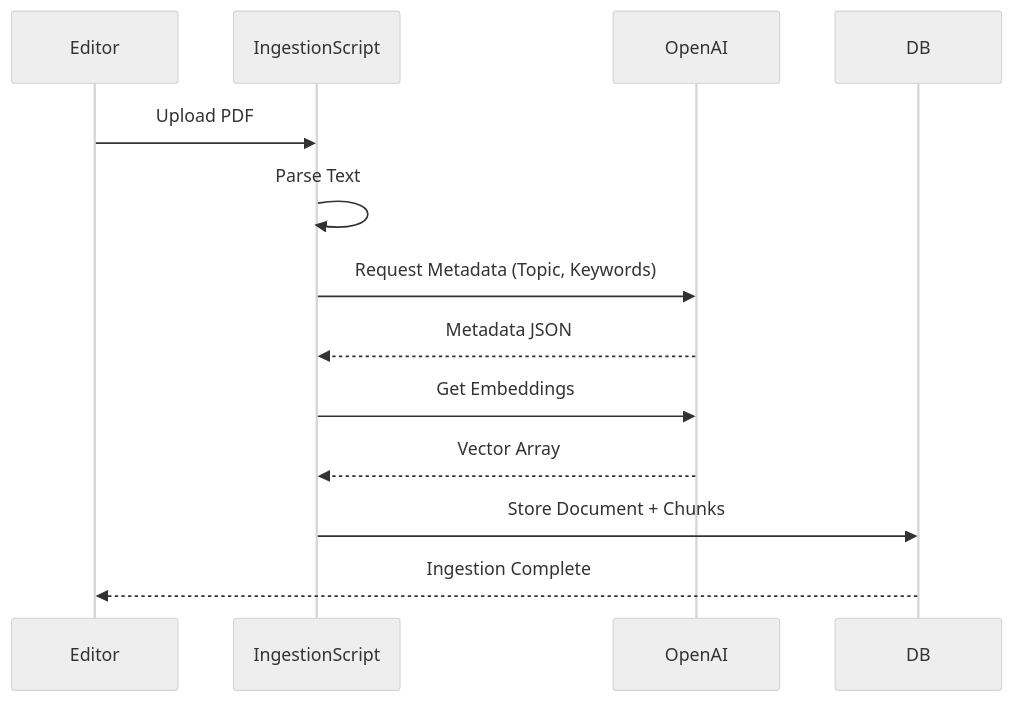
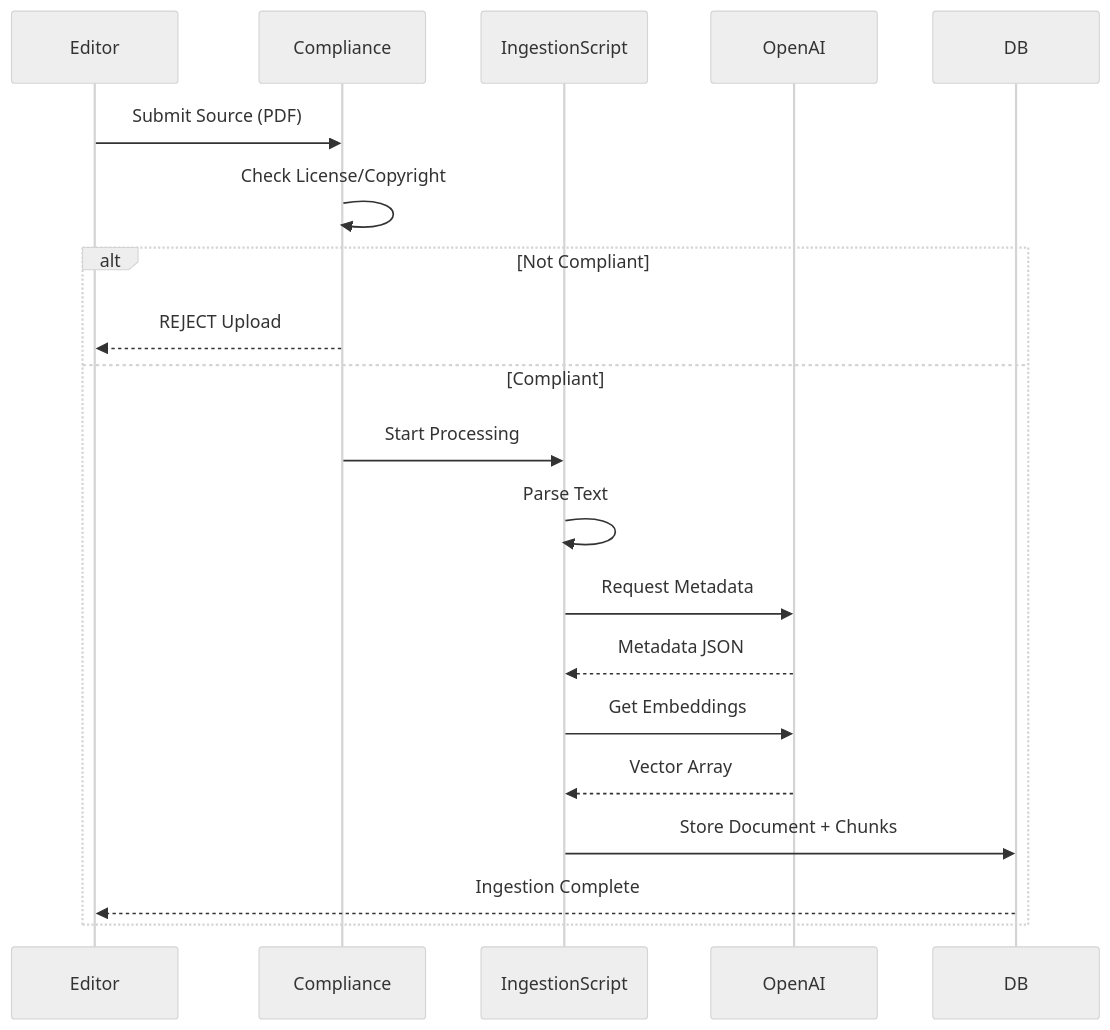
Before and after one commit to NBN-WEST/leuniversita: the second of 2 diagrams in docs/memory_bank/CONTENT/ingestion_process.md, drawn with Mermaid (neutral theme). The commit also changed other lines of this file and 18 other files, not shown here.

````diff
--- a/docs/memory_bank/CONTENT/ingestion_process.md
+++ b/docs/memory_bank/CONTENT/ingestion_process.md
@@ -43,16 +56,24 @@
 ```mermaid
 sequenceDiagram
     participant Editor
+    participant Compliance
     participant IngestionScript
     participant OpenAI
     participant DB
     
-    Editor->>IngestionScript: Upload PDF
-    IngestionScript->>IngestionScript: Parse Text
-    IngestionScript->>OpenAI: Request Metadata (Topic, Keywords)
-    OpenAI-->>IngestionScript: Metadata JSON
-    IngestionScript->>OpenAI: Get Embeddings
-    OpenAI-->>IngestionScript: Vector Array
-    IngestionScript->>DB: Store Document + Chunks
-    DB-->>Editor: Ingestion Complete
+    Editor->>Compliance: Submit Source (PDF)
+    Compliance->>Compliance: Check License/Copyright
+    
+    alt Not Compliant
+        Compliance-->>Editor: REJECT Upload
+    else Compliant
+        Compliance->>IngestionScript: Start Processing
+        IngestionScript->>IngestionScript: Parse Text
+        IngestionScript->>OpenAI: Request Metadata
+        OpenAI-->>IngestionScript: Metadata JSON
+        IngestionScript->>OpenAI: Get Embeddings
+        OpenAI-->>IngestionScript: Vector Array
+        IngestionScript->>DB: Store Document + Chunks
+        DB-->>Editor: Ingestion Complete
+    end
 ```
````
